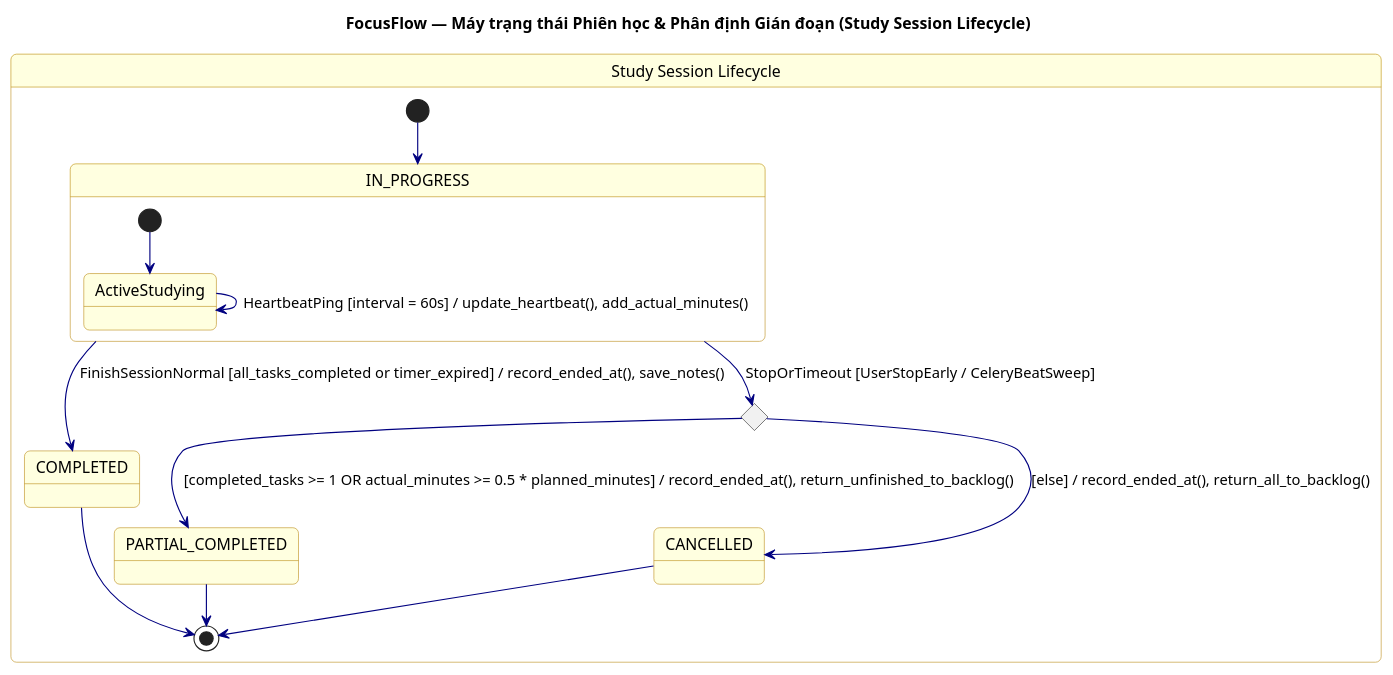
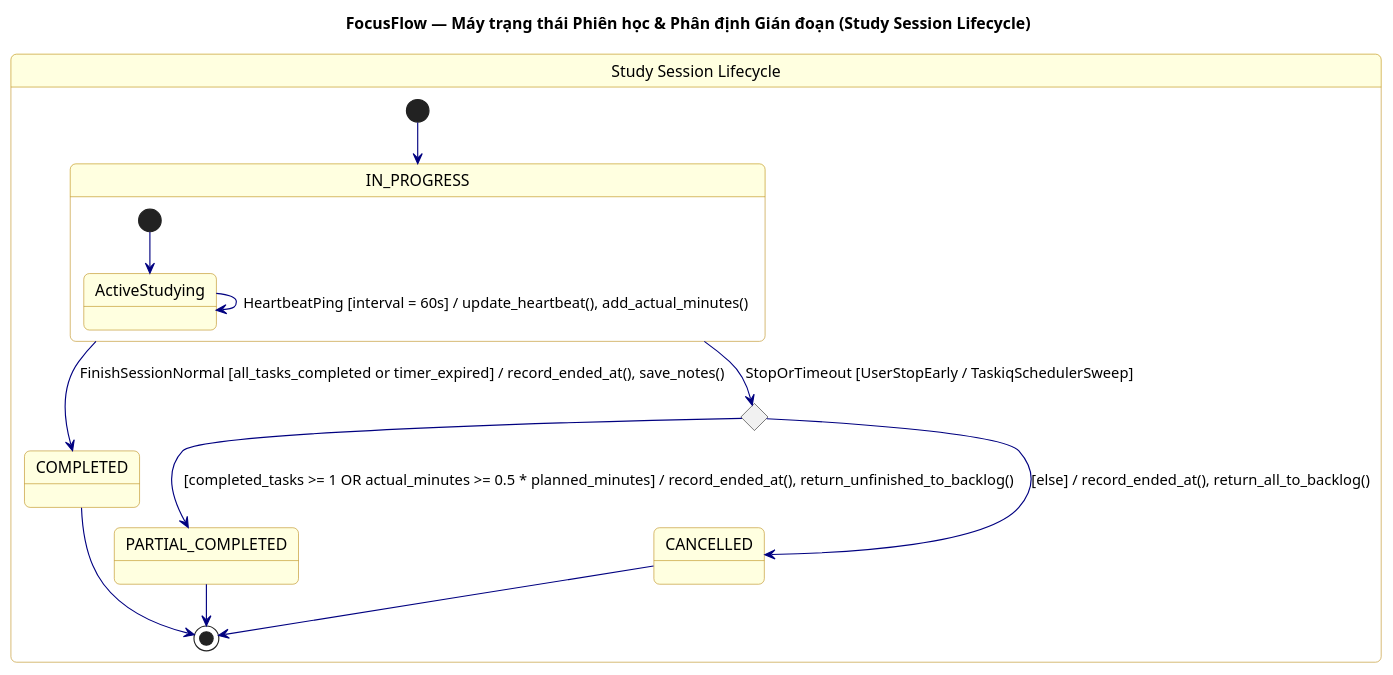
The diagram in docs/uml/state-machines/state-03-study-session-lifecycle.puml (Coffat/FocusFlow), drawn with PlantUML before and after one commit. The commit also changed 12 other files, not shown here.

Commit message:
docs(uml): align class diagrams, sequence diagrams, and state machines with v2.0

```diff
--- a/docs/uml/state-machines/state-03-study-session-lifecycle.puml
+++ b/docs/uml/state-machines/state-03-study-session-lifecycle.puml
@@ -1,33 +1,33 @@
 @startuml Study_Session_Lifecycle
 skinparam monochrome false
 skinparam roundcorner 10
 skinparam state {
     BackgroundColor LightYellow
     BorderColor DarkGoldenRod
     ArrowColor Navy
 }
 
 title FocusFlow — Máy trạng thái Phiên học & Phân định Gián đoạn (Study Session Lifecycle)
 
 state "Study Session Lifecycle" as SessionMachine {
     [*] --> IN_PROGRESS
 
     state IN_PROGRESS {
         [*] --> ActiveStudying
         ActiveStudying --> ActiveStudying : HeartbeatPing [interval = 60s] / update_heartbeat(), add_actual_minutes()
     }
 
     IN_PROGRESS --> COMPLETED : FinishSessionNormal [all_tasks_completed or timer_expired] / record_ended_at(), save_notes()
 
     state "OS-01 Threshold\nEvaluation" as check_threshold <<choice>>
 
-    IN_PROGRESS --> check_threshold : StopOrTimeout [UserStopEarly / CeleryBeatSweep]
+    IN_PROGRESS --> check_threshold : StopOrTimeout [UserStopEarly / TaskiqSchedulerSweep]
     check_threshold --> PARTIAL_COMPLETED : [completed_tasks >= 1 OR actual_minutes >= 0.5 * planned_minutes] / record_ended_at(), return_unfinished_to_backlog()
     check_threshold --> CANCELLED : [else] / record_ended_at(), return_all_to_backlog()
 
     COMPLETED --> [*]
     PARTIAL_COMPLETED --> [*]
     CANCELLED --> [*]
 }
 
 @enduml
```
